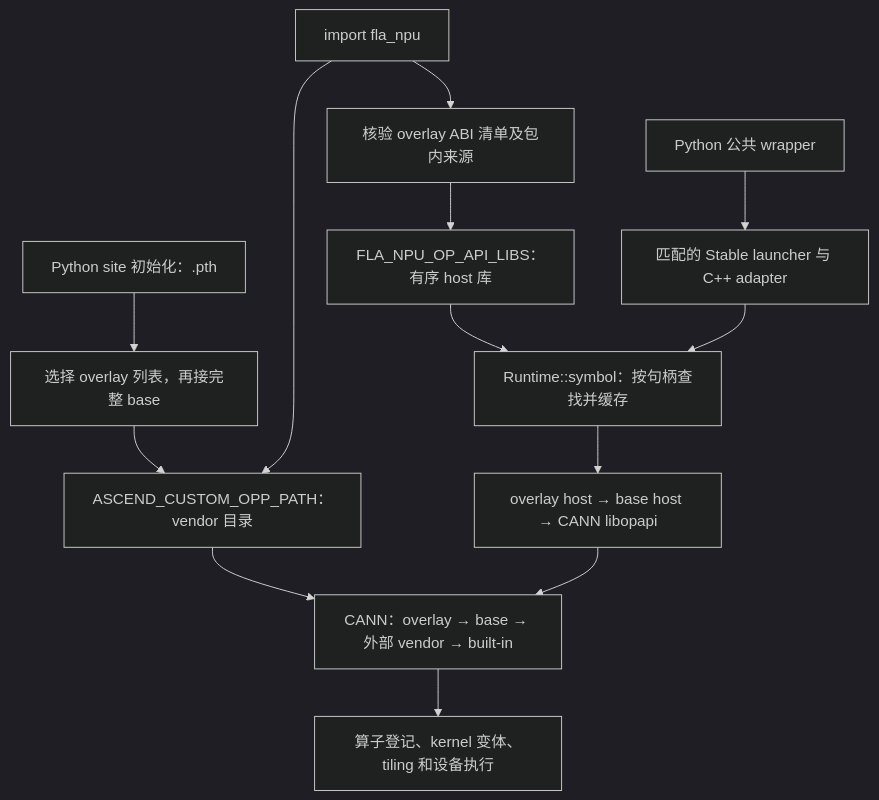
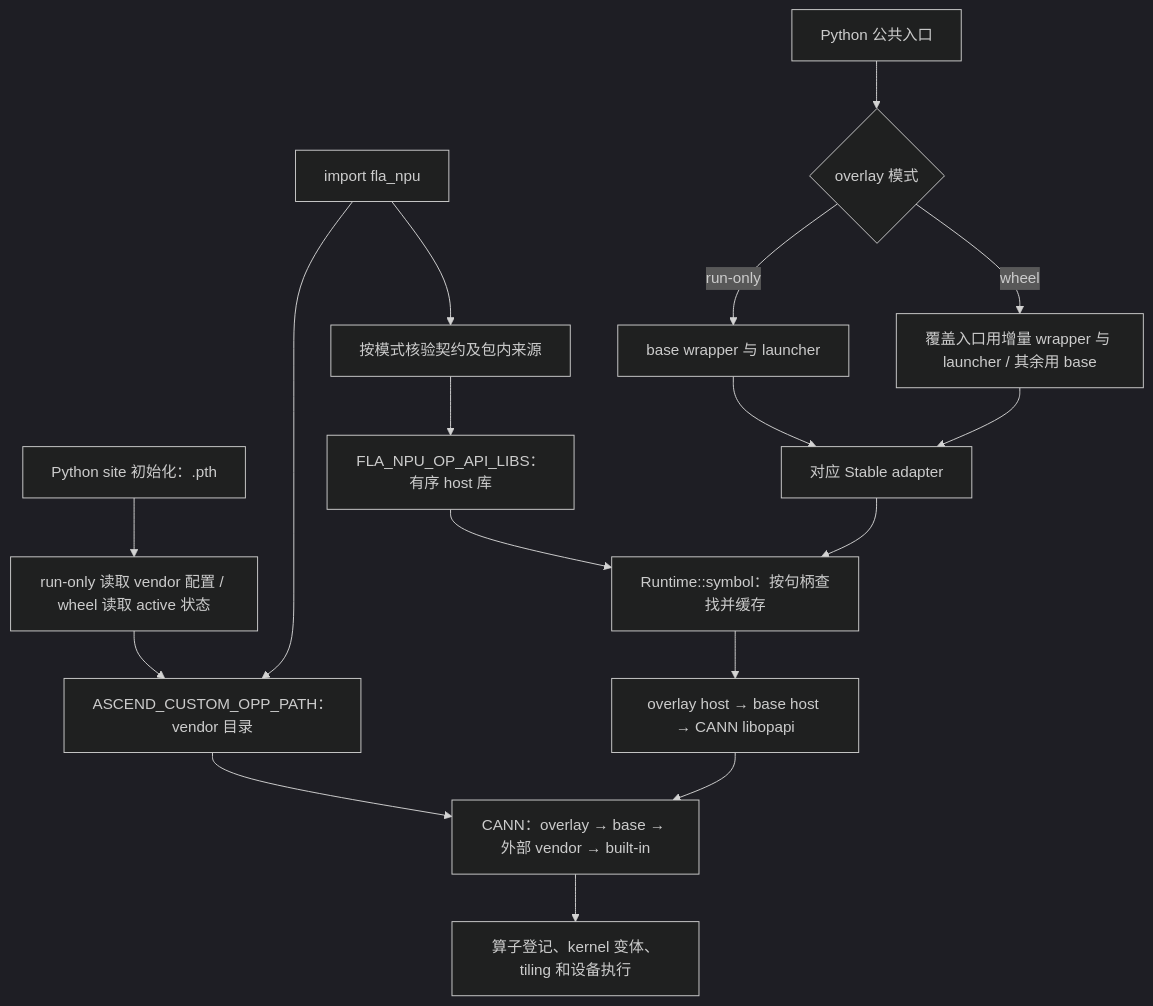
The diagram in docs/OPP叠加层增量设计.md (flashserve/flash-linear-attention-npu), drawn with Mermaid (dark theme) before and after one commit. The commit also changed other lines of this file and 3 other files, not shown here.

Commit message:
docs: compare run-only and wheel overlay behavior

````diff
--- a/docs/OPP叠加层增量设计.md
+++ b/docs/OPP叠加层增量设计.md
@@ -32,15 +43,19 @@
 ```mermaid
 flowchart TD
-    P[Python site 初始化：.pth] --> V[选择 overlay 列表，再接完整 base]
+    P[Python site 初始化：.pth] --> V[run-only 读取 vendor 配置 / wheel 读取 active 状态]
     V --> E[ASCEND_CUSTOM_OPP_PATH：vendor 目录]
-    I[import fla_npu] --> A[核验 overlay ABI 清单及包内来源]
+    I[import fla_npu] --> A[按模式核验契约及包内来源]
     A --> H[FLA_NPU_OP_API_LIBS：有序 host 库]
     I --> E
-    W[Python 公共 wrapper] --> S[匹配的 Stable launcher 与 C++ adapter]
+    W[Python 公共入口] --> M{overlay 模式}
+    M -->|run-only| B[base wrapper 与 launcher]
+    M -->|wheel| D[覆盖入口用增量 wrapper 与 launcher / 其余用 base]
+    B --> S[对应 Stable adapter]
+    D --> S
     H --> R[Runtime::symbol：按句柄查找并缓存]
     S --> R
     R --> O[overlay host → base host → CANN libopapi]
     E --> C[CANN：overlay → base → 外部 vendor → built-in]
     O --> C
     C --> K[算子登记、kernel 变体、tiling 和设备执行]
 ```
````
